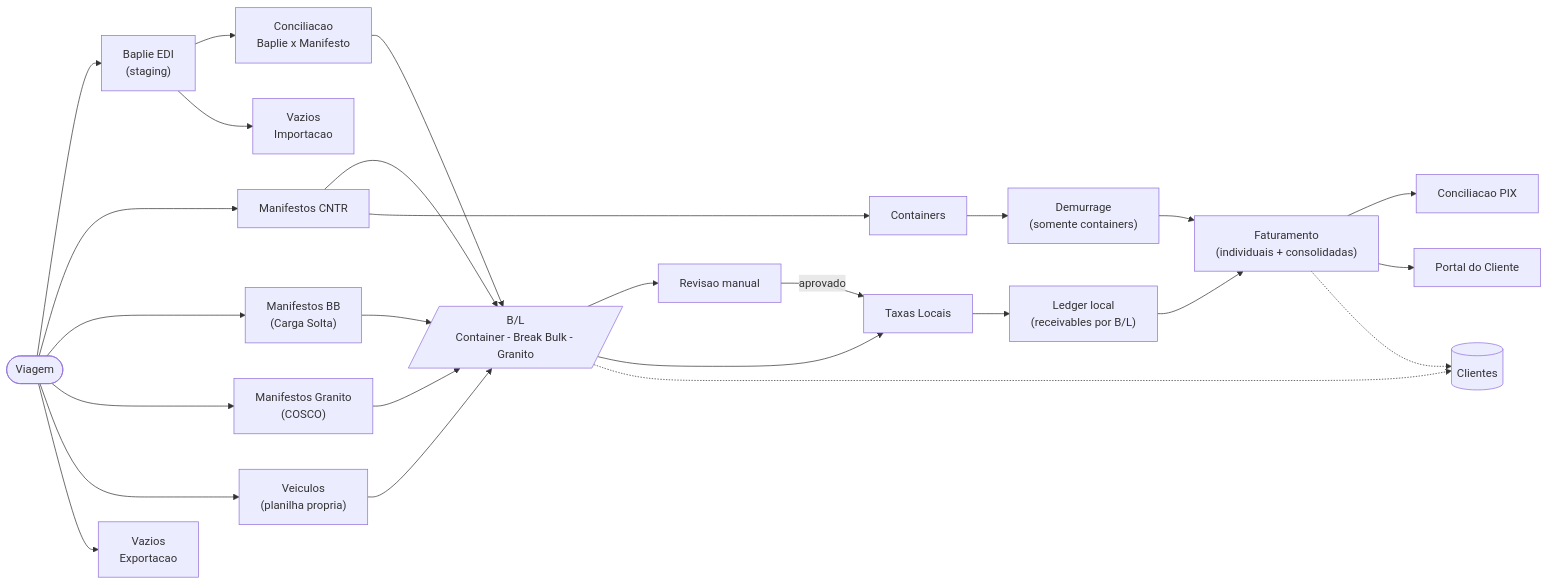
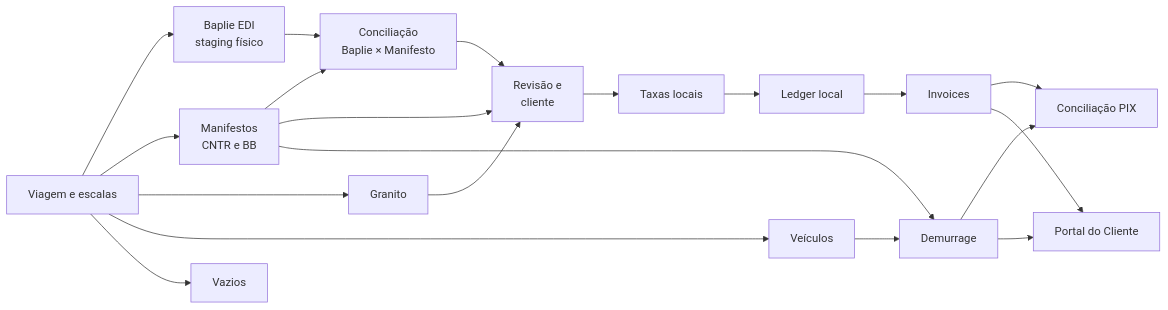
The second of 2 diagrams in docs/ARCHITECTURE.md (luccafwlog/transhippingdesk), drawn with Mermaid before and after one commit. The commit also changed other lines of this file and 2 other files, not shown here.

Commit message:
docs: align product overview and architecture

````diff
--- a/docs/ARCHITECTURE.md
+++ b/docs/ARCHITECTURE.md
@@ -9,36 +93,37 @@
 ```mermaid
 flowchart LR
-    Viagem(["Viagem"])
+    Voyage["Viagem e escalas"]
+    Baplie["Baplie EDI<br/>staging físico"]
+    Manifest["Manifestos<br/>CNTR e BB"]
+    Granite["Granito"]
+    Vehicles["Veículos"]
+    Empty["Vazios"]
+    Reconcile["Conciliação<br/>Baplie × Manifesto"]
+    Review["Revisão e<br/>cliente"]
+    Charges["Taxas locais"]
+    Ledger["Ledger local"]
+    Invoice["Invoices"]
+    Demurrage["Demurrage"]
+    Pix["Conciliação PIX"]
+    ClientPortal["Portal do Cliente"]
 
-    Viagem --> BaplieEDI["Baplie EDI<br/>(staging)"]
-    BaplieEDI --> ConcilBaplie["Conciliacao<br/>Baplie x Manifesto"]
-    BaplieEDI --> VaziosIMP["Vazios<br/>Importacao"]
-
-    Viagem --> ManifCNTR["Manifestos CNTR"]
-    Viagem --> ManifBB["Manifestos BB<br/>(Carga Solta)"]
-    Viagem --> ManifGranito["Manifestos Granito<br/>(COSCO)"]
-    Viagem --> Veiculos["Veiculos<br/>(planilha propria)"]
-    Viagem --> VaziosEXP["Vazios<br/>Exportacao"]
-
-    ConcilBaplie --> BL[/"B/L<br/>Container - Break Bulk - Granito"/]
-    ManifCNTR --> BL
-    ManifBB --> BL
-    ManifGranito --> BL
-    Veiculos --> BL
-    ManifCNTR --> Containers["Containers"]
-
-    BL --> Revisao["Revisao manual"]
-    BL --> TaxasLocais["Taxas Locais"]
-    Revisao -- aprovado --> TaxasLocais
-    Containers --> Demurrage["Demurrage<br/>(somente containers)"]
-
-    TaxasLocais --> Ledger["Ledger local<br/>(receivables por B/L)"]
-    Ledger --> Faturamento["Faturamento<br/>(individuais + consolidadas)"]
-    Demurrage --> Faturamento
-    Faturamento --> ConcilPIX["Conciliacao PIX"]
-    Faturamento --> Portal["Portal do Cliente"]
-
-    Clientes[("Clientes")]
-    BL -.-> Clientes
-    Faturamento -.-> Clientes
+    Voyage --> Baplie
+    Voyage --> Manifest
+    Voyage --> Granite
+    Voyage --> Vehicles
+    Voyage --> Empty
+    Baplie --> Reconcile
+    Manifest --> Reconcile
+    Reconcile --> Review
+    Manifest --> Review
+    Granite --> Review
+    Review --> Charges
+    Charges --> Ledger
+    Ledger --> Invoice
+    Vehicles --> Demurrage
+    Manifest --> Demurrage
+    Demurrage --> Pix
+    Invoice --> Pix
+    Invoice --> ClientPortal
+    Demurrage --> ClientPortal
 ```
````
